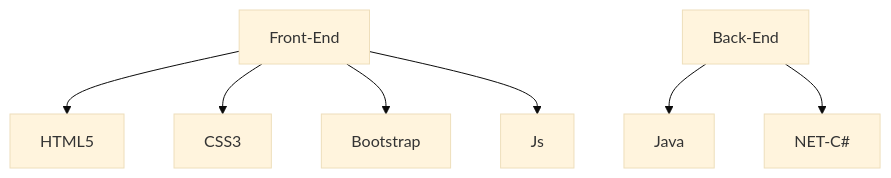
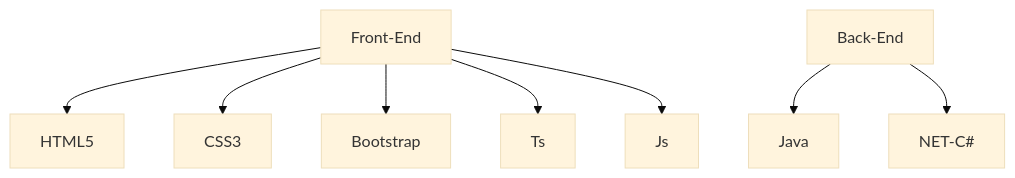
Before and after one commit to LuongXuanNhat/LuongXuanNhat: the first of 2 diagrams in README.md, drawn with Mermaid (base theme).

````diff
--- a/README.md
+++ b/README.md
@@ -23,9 +23,10 @@
 ```mermaid
 graph TD;
     Front-End-->HTML5;
     Front-End-->CSS3;
     Front-End-->Bootstrap;
+    Front-End-->Ts;
     Front-End-->Js;
     Back-End-->Java;
     Back-End-->NET-C#;
    ```
````
